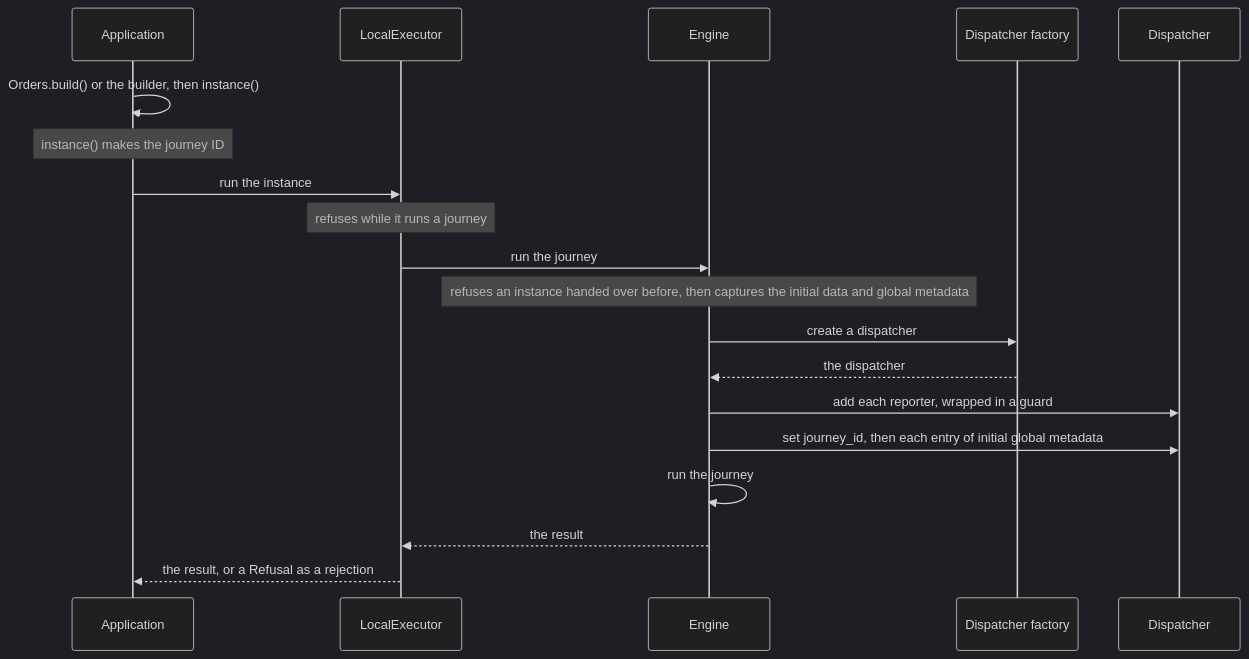
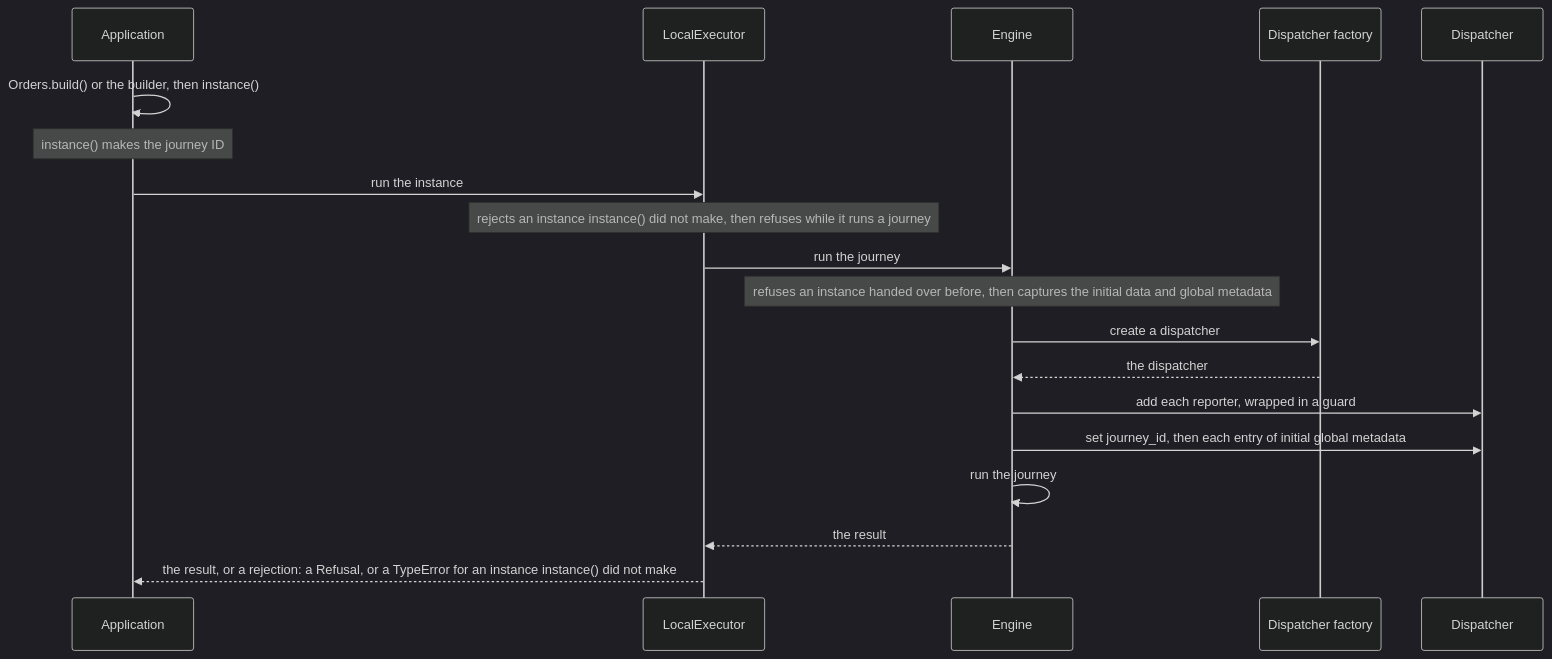
Before and after one commit to itinera-dev/itinera-ts: the sixth of 8 diagrams in docs/architecture.md, drawn with Mermaid (dark theme). The commit also changed other lines of this file and 21 other files, not shown here.

````diff
--- a/docs/architecture.md
+++ b/docs/architecture.md
@@ -152,23 +153,23 @@
 ```mermaid
 sequenceDiagram
     accTitle: From a declaration to a journey's result
-    accDescr: The application builds the workflow object and makes an instance, whose creation makes the journey ID. The executor refuses a run while it runs a journey. The engine refuses an instance handed over before, captures the initial data and global metadata, creates a dispatcher, adds each reporter wrapped in a guard, and sets the journey ID and then the initial global metadata, any of which can refuse the instance. Then it runs the journey and the executor resolves to its result.
+    accDescr: The application builds the workflow object and makes an instance, whose creation makes the journey ID. The executor rejects an instance that instance() did not make, and refuses a run while it runs a journey. The engine refuses an instance handed over before, captures the initial data and global metadata, creates a dispatcher, adds each reporter wrapped in a guard, and sets the journey ID and then the initial global metadata, any of which can refuse the instance. Then it runs the journey and the executor resolves to its result, or rejects with a Refusal, or with a TypeError for an instance instance() did not make.
     participant App as Application
     participant Exec as LocalExecutor
     participant Engine as Engine
     participant Factory as Dispatcher factory
     participant Dispatcher as Dispatcher
     App->>App: Orders.build() or the builder, then instance()
     Note over App: instance() makes the journey ID
     App->>Exec: run the instance
-    Note over Exec: refuses while it runs a journey
+    Note over Exec: rejects an instance instance() did not make, then refuses while it runs a journey
     Exec->>Engine: run the journey
     Note over Engine: refuses an instance handed over before, then captures the initial data and global metadata
     Engine->>Factory: create a dispatcher
     Factory-->>Engine: the dispatcher
     Engine->>Dispatcher: add each reporter, wrapped in a guard
     Engine->>Dispatcher: set journey_id, then each entry of initial global metadata
     Engine->>Engine: run the journey
     Engine-->>Exec: the result
-    Exec-->>App: the result, or a Refusal as a rejection
+    Exec-->>App: the result, or a rejection: a Refusal, or a TypeError for an instance instance() did not make
 ```
````
